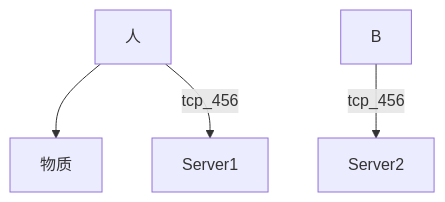
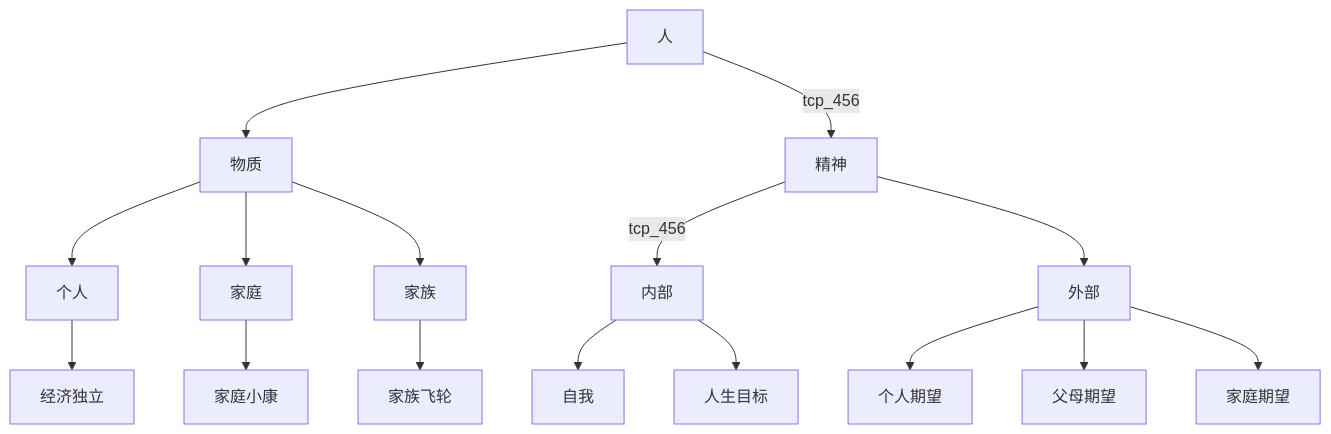
Before and after one commit to lzktest/blog: the diagram in content/post/inbox/lifeThinking/一个人的构成思考.md, drawn with Mermaid. The commit also changed other lines of this file, not shown here.

````diff
--- a/content/post/inbox/lifeThinking/一个人的构成思考.md
+++ b/content/post/inbox/lifeThinking/一个人的构成思考.md
@@ -39,7 +38,18 @@
 ```mermaid
             graph TD
 
             A[人] -->B1[物质]
-            A[人] -->|tcp_456| C[Server1]
-            B -->|tcp_456| D[Server2]
+            A -->|tcp_456| B2[精神]
+            B1 --> c11[个人] --> d111[经济独立]
+            B1 --> c12[家庭] --> d121[家庭小康]
+            B1 --> c13[家族] --> d131[家族飞轮]
+            B2 -->|tcp_456| c21[内部]
+            c21 --> d211[自我]
+            c21 --> d212[人生目标]
+            B2 --> c22[外部]
+            c22 --> d221[个人期望]
+            c22 --> d222[父母期望]
+            c22 --> d223[家庭期望]
+
+
 ```
````
